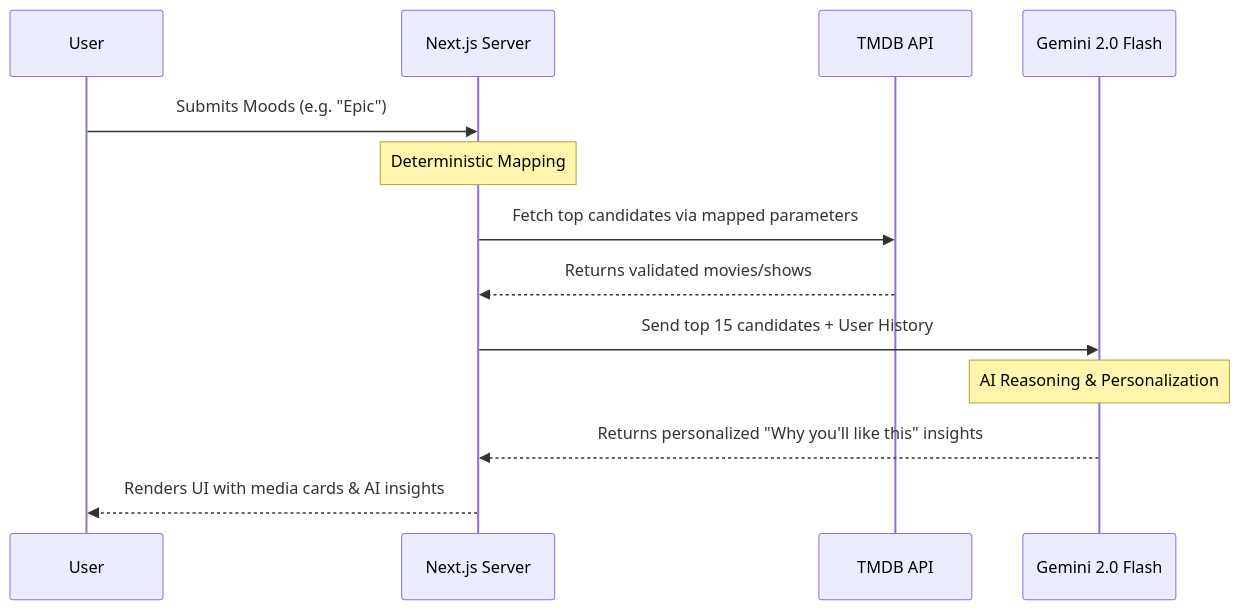
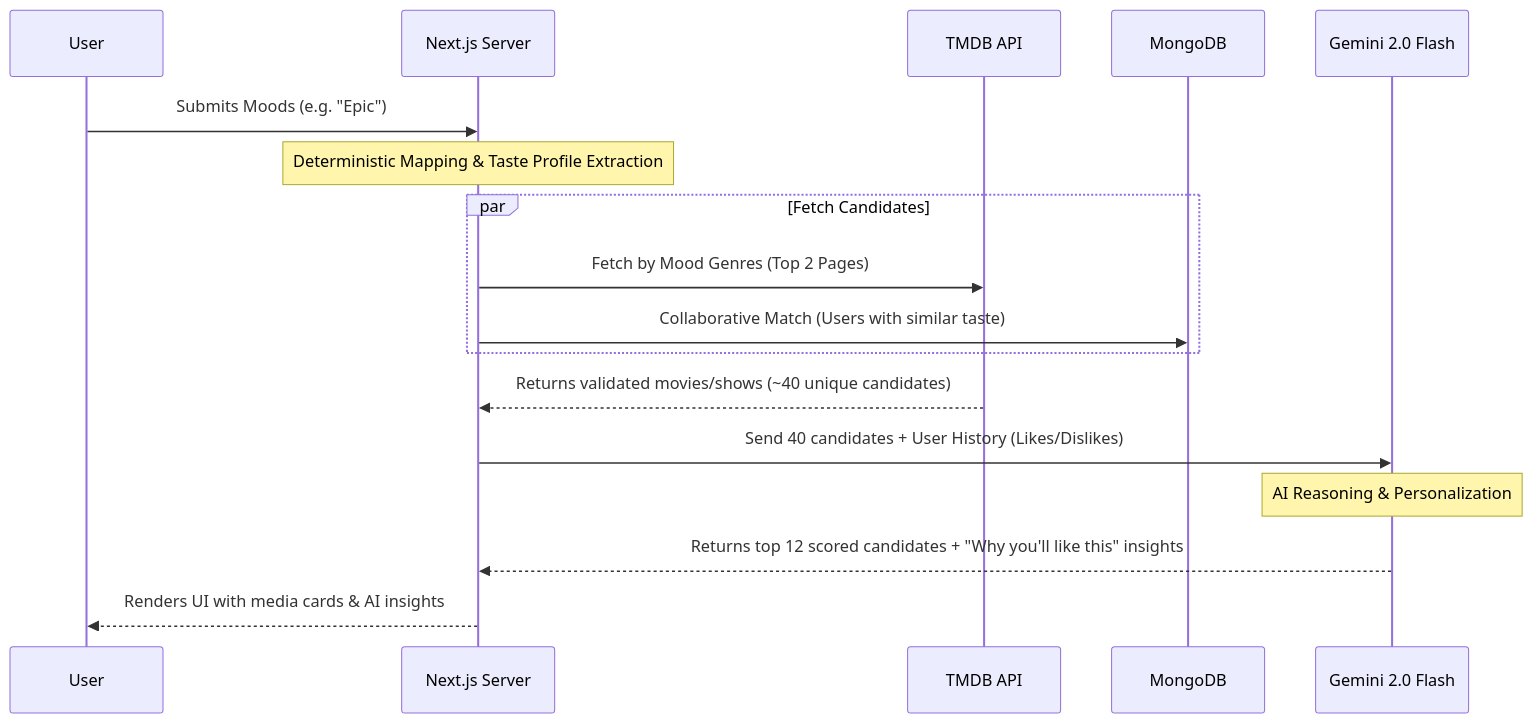
The diagram in README.md (harsh-bhadana/whatnow), drawn with Mermaid before and after one commit. The commit also changed other lines of this file and 1 other file, not shown here.

Commit message:
docs: update architecture and flow diagrams for recent engine overhaul

````diff
--- a/README.md
+++ b/README.md
@@ -26,16 +30,20 @@
 ```mermaid
 sequenceDiagram
     participant User
     participant NextJS as Next.js Server
     participant TMDB as TMDB API
+    participant DB as MongoDB
     participant Gemini as Gemini 2.0 Flash
 
     User->>NextJS: Submits Moods (e.g. "Epic")
-    Note over NextJS: Deterministic Mapping
-    NextJS->>TMDB: Fetch top candidates via mapped parameters
-    TMDB-->>NextJS: Returns validated movies/shows
-    NextJS->>Gemini: Send top 15 candidates + User History
+    Note over NextJS: Deterministic Mapping & Taste Profile Extraction
+    par Fetch Candidates
+        NextJS->>TMDB: Fetch by Mood Genres (Top 2 Pages)
+        NextJS->>DB: Collaborative Match (Users with similar taste)
+    end
+    TMDB-->>NextJS: Returns validated movies/shows (~40 unique candidates)
+    NextJS->>Gemini: Send 40 candidates + User History (Likes/Dislikes)
     Note over Gemini: AI Reasoning & Personalization
-    Gemini-->>NextJS: Returns personalized "Why you'll like this" insights
+    Gemini-->>NextJS: Returns top 12 scored candidates + "Why you'll like this" insights
     NextJS-->>User: Renders UI with media cards & AI insights
 ```
````
